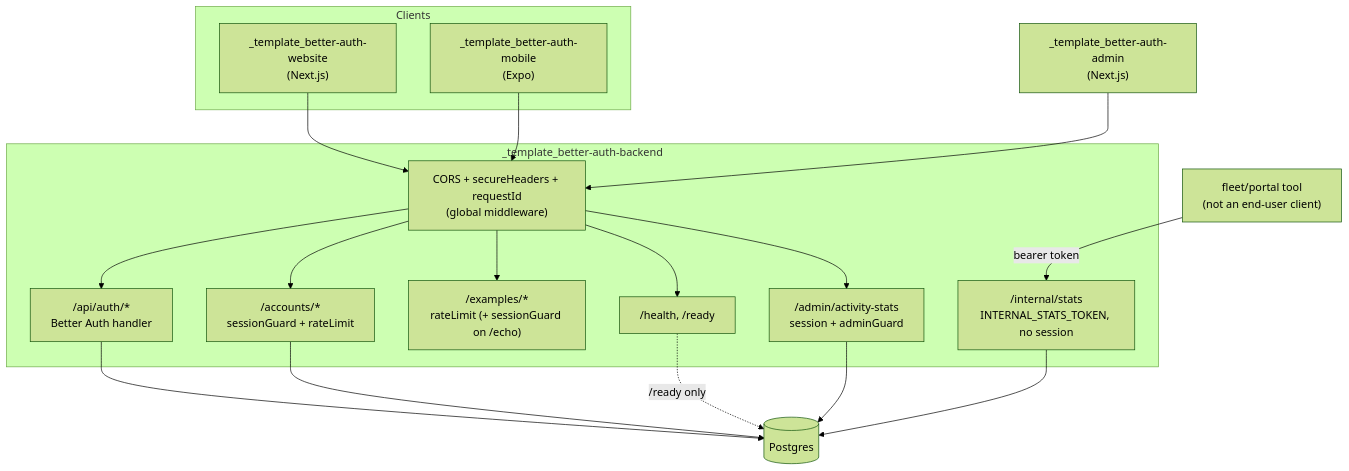
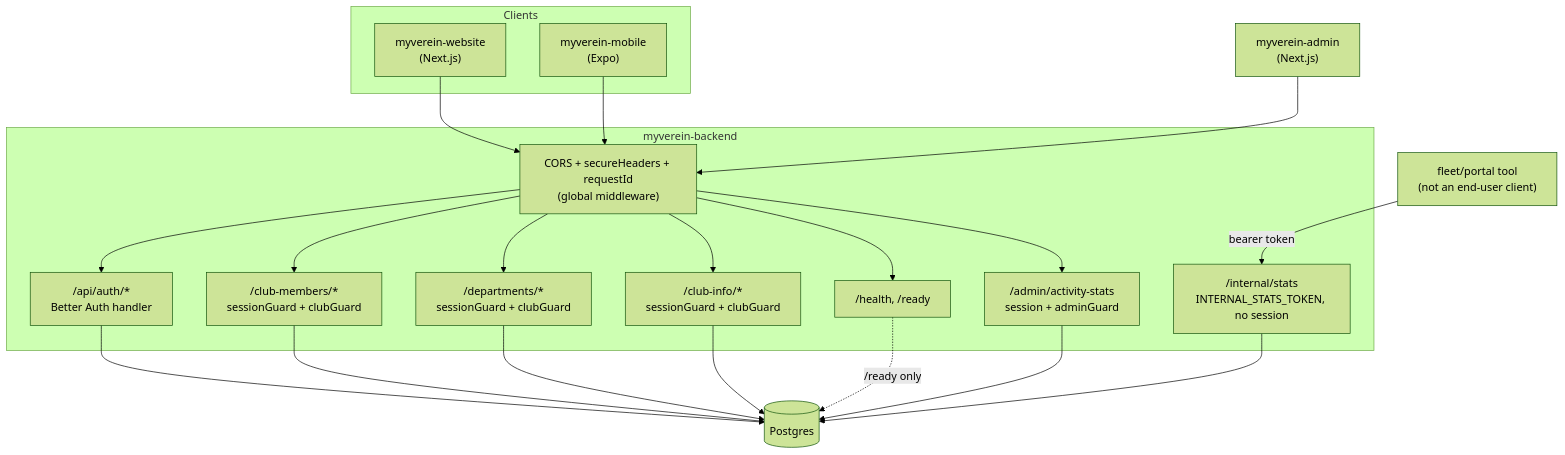
One commit to makers-ev/myverein-backend changed the first of 3 diagrams in README.md. Above: the diagram before and after it, drawn with Mermaid (forest theme). The commit also changed other lines of this file and 30 other files, not shown here.

Commit message:
feat: add club membership, roles, and info management

````diff
--- a/README.md
+++ b/README.md
@@ -69,36 +72,40 @@
 ```mermaid
 flowchart TD
     subgraph Clients
-        Web["_template_better-auth-website\n(Next.js)"]
-        Mobile["_template_better-auth-mobile\n(Expo)"]
+        Web["myverein-website\n(Next.js)"]
+        Mobile["myverein-mobile\n(Expo)"]
     end
 
-    subgraph Backend["_template_better-auth-backend"]
+    subgraph Backend["myverein-backend"]
         CORS["CORS + secureHeaders + requestId\n(global middleware)"]
         Auth["/api/auth/*\nBetter Auth handler"]
-        Accounts["/accounts/*\nsessionGuard + rateLimit"]
-        Examples["/examples/*\nrateLimit (+ sessionGuard on /echo)"]
+        Members["/club-members/*\nsessionGuard + clubGuard"]
+        Departments["/departments/*\nsessionGuard + clubGuard"]
+        ClubInfo["/club-info/*\nsessionGuard + clubGuard"]
         Health["/health, /ready"]
         Stats["/internal/stats\nINTERNAL_STATS_TOKEN, no session"]
         AdminStats["/admin/activity-stats\nsession + adminGuard"]
     end
 
-    Admin["_template_better-auth-admin\n(Next.js)"]
+    Admin["myverein-admin\n(Next.js)"]
     Portal["fleet/portal tool\n(not an end-user client)"]
     DB[(Postgres)]
 
     Web --> CORS
     Mobile --> CORS
     Admin --> CORS
     CORS --> Auth
-    CORS --> Accounts
-    CORS --> Examples
+    CORS --> Members
+    CORS --> Departments
+    CORS --> ClubInfo
     CORS --> Health
     CORS --> AdminStats
     Portal -->|bearer token| Stats
     Auth --> DB
     AdminStats --> DB
-    Accounts --> DB
+    Members --> DB
+    Departments --> DB
+    ClubInfo --> DB
     Stats --> DB
     Health -.->|/ready only| DB
 ```
````
